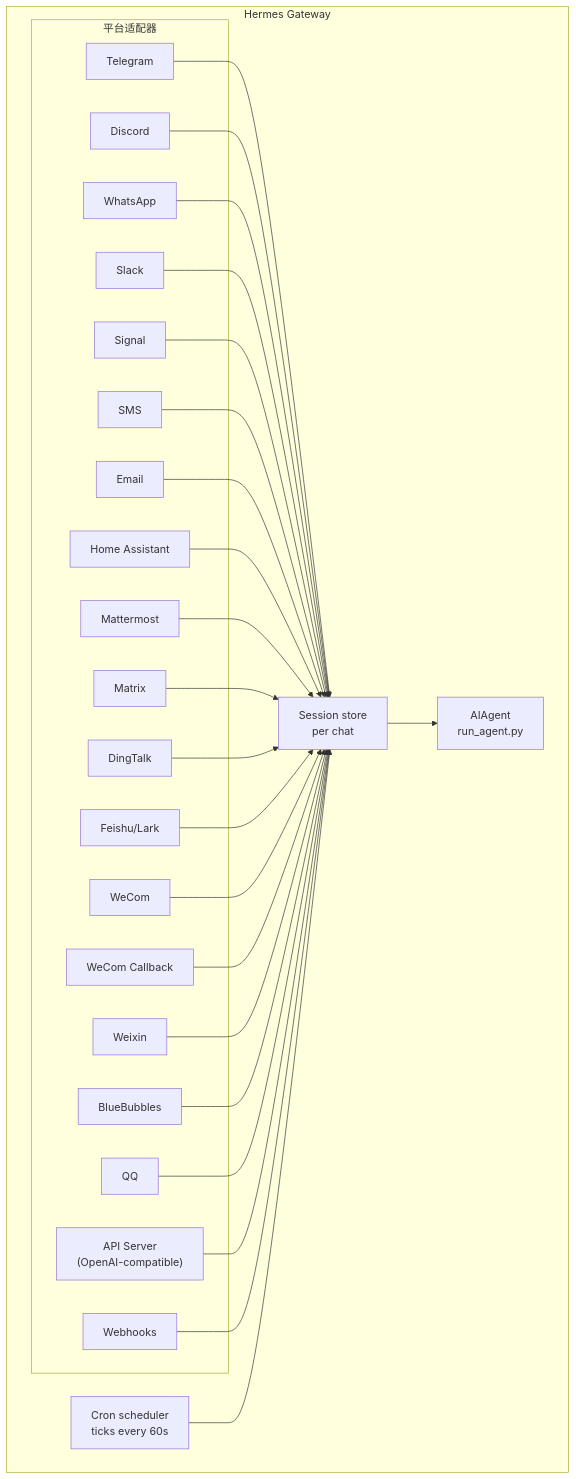
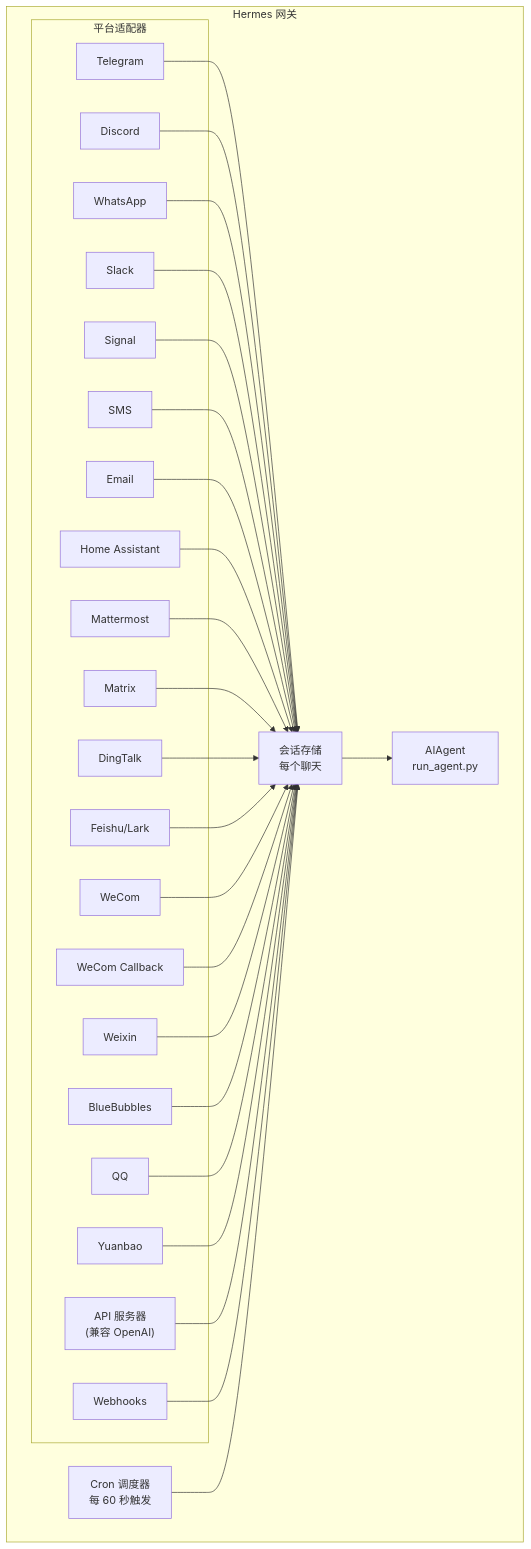
One commit to dracohu2025-cloud/hermes-agent changed the diagram in site/docs/user-guide/messaging/index.md. Above: the diagram before and after it, drawn with Mermaid. The commit also changed other lines of this file and 540 other files, not shown here.

````diff
--- a/site/docs/user-guide/messaging/index.md
+++ b/site/docs/user-guide/messaging/index.md
@@ -39,52 +40,54 @@
 ```mermaid
 flowchart TB
-    subgraph Gateway["Hermes Gateway"]
+    subgraph Gateway["Hermes 网关"]
         subgraph Adapters["平台适配器"]
             tg[Telegram]
             dc[Discord]
             wa[WhatsApp]
             sl[Slack]
             sig[Signal]
             sms[SMS]
             em[Email]
             ha[Home Assistant]
             mm[Mattermost]
             mx[Matrix]
             dt[DingTalk]
     fs[Feishu/Lark]
     wc[WeCom]
     wcb[WeCom Callback]
     wx[Weixin]
     bb[BlueBubbles]
     qq[QQ]
-            api["API Server<br/>(OpenAI-compatible)"]
+    yb[Yuanbao]
+            api["API 服务器<br/>(兼容 OpenAI)"]
             wh[Webhooks]
         end
 
-        store["Session store<br/>per chat"]
+        store["会话存储<br/>每个聊天"]
         agent["AIAgent<br/>run_agent.py"]
-        cron["Cron scheduler<br/>ticks every 60s"]
+        cron["Cron 调度器<br/>每 60 秒触发"]
     end
 
     tg --> store
     dc --> store
     wa --> store
     sl --> store
     sig --> store
     sms --> store
     em --> store
     ha --> store
     mm --> store
     mx --> store
     dt --> store
     fs --> store
     wc --> store
     wcb --> store
     wx --> store
     bb --> store
     qq --> store
+    yb --> store
     api --> store
     wh --> store
     store --> agent
     cron --> store
 ```
````
